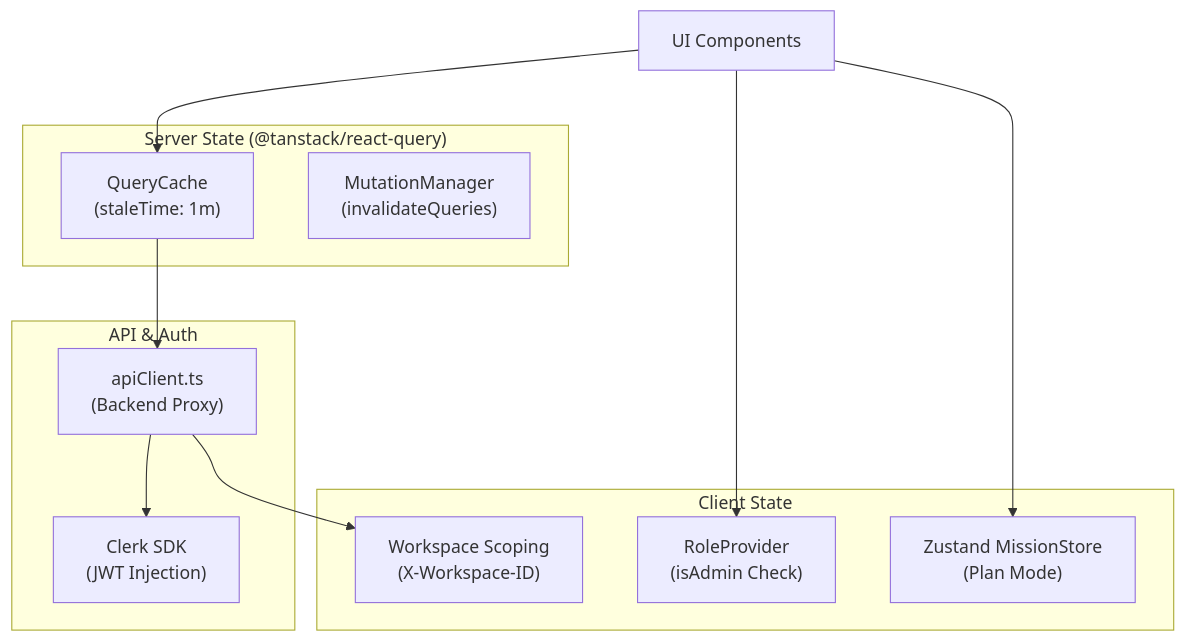
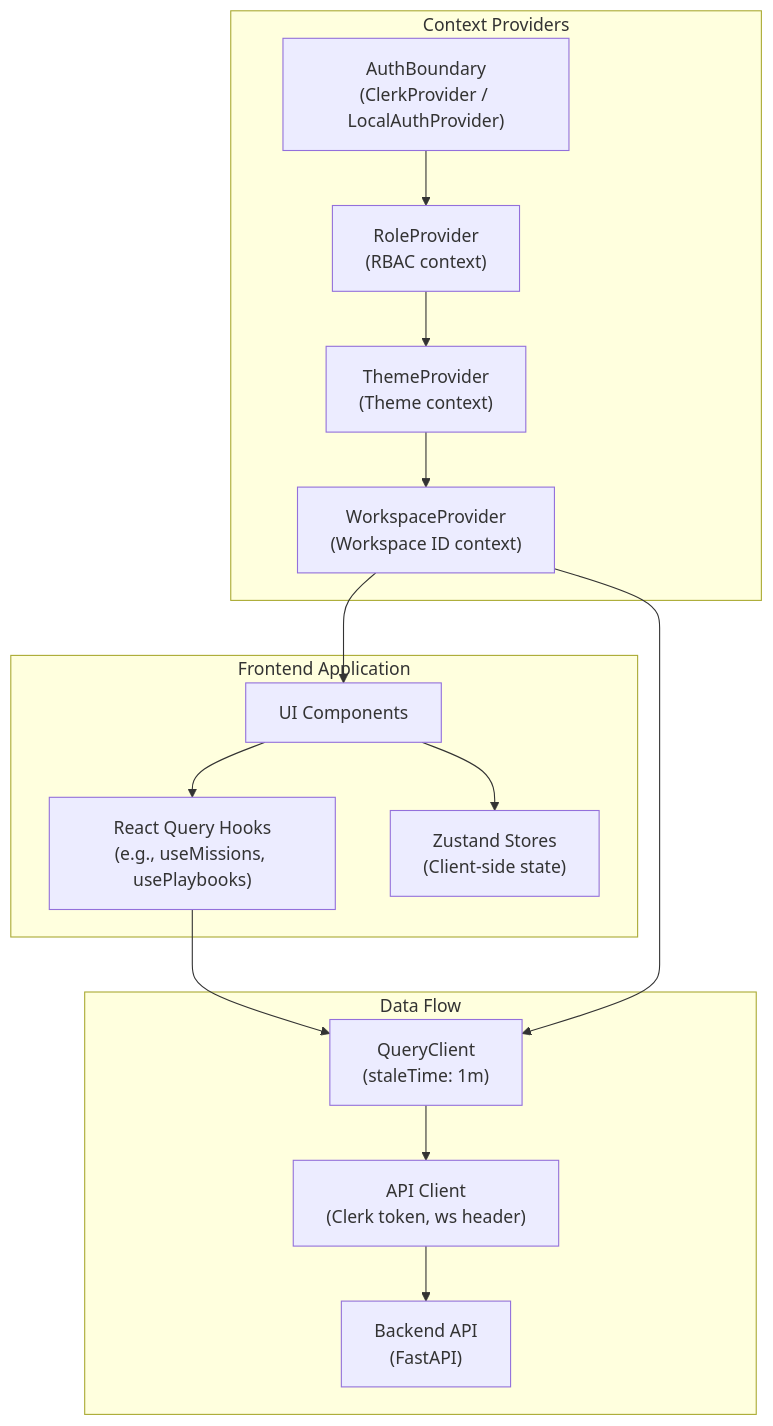
One commit to AutomatosAI/automatos-ai changed the first of 2 diagrams in docs/frontend-architecture/_index.md. Above: the diagram before and after it, drawn with Mermaid. The commit also changed other lines of this file and 191 other files, not shown here.

````diff
--- a/docs/frontend-architecture/_index.md
+++ b/docs/frontend-architecture/_index.md
@@ -83,25 +83,29 @@
 ```mermaid
 graph TB
-    subgraph "Server State (@tanstack/react-query)"
-        QueryCache["QueryCache<br/>(staleTime: 1m)"]
-        MutationManager["MutationManager<br/>(invalidateQueries)"]
+    subgraph "Frontend Application"
+        UI["UI Components"]
+        Hooks["React Query Hooks<br/>(e.g., useMissions, usePlaybooks)"]
+        ZustandStores["Zustand Stores<br/>(Client-side state)"]
     end
-    
-    subgraph "Client State"
-        WorkspaceContext["Workspace Scoping<br/>(X-Workspace-ID)"]
-        RoleProvider["RoleProvider<br/>(isAdmin Check)"]
-        MissionStore["Zustand MissionStore<br/>(Plan Mode)"]
+
+    subgraph "Data Flow"
+        UI --> Hooks
+        Hooks --> QueryClient["QueryClient<br/>(staleTime: 1m)"]
+        QueryClient --> APIClient["API Client<br/>(Clerk token, ws header)"]
+        APIClient --> BackendAPI["Backend API<br/>(FastAPI)"]
+        UI --> ZustandStores
     end
-    
-    subgraph "API & Auth"
-        ClerkAuth["Clerk SDK<br/>(JWT Injection)"]
-        APIClient["apiClient.ts<br/>(Backend Proxy)"]
+
+    subgraph "Context Providers"
+        AuthBoundary["AuthBoundary<br/>(ClerkProvider / LocalAuthProvider)"]
+        RoleProvider["RoleProvider<br/>(RBAC context)"]
+        ThemeProvider["ThemeProvider<br/>(Theme context)"]
+        WorkspaceProvider["WorkspaceProvider<br/>(Workspace ID context)"]
     end
-    
-    UI["UI Components"] --> QueryCache
-    UI --> MissionStore
-    UI --> RoleProvider
-    QueryCache --> APIClient
-    APIClient --> ClerkAuth
-    APIClient --> WorkspaceContext
+
+    AuthBoundary --> RoleProvider
+    RoleProvider --> ThemeProvider
+    ThemeProvider --> WorkspaceProvider
+    WorkspaceProvider --> QueryClient
+    WorkspaceProvider --> UI
 ```
````
